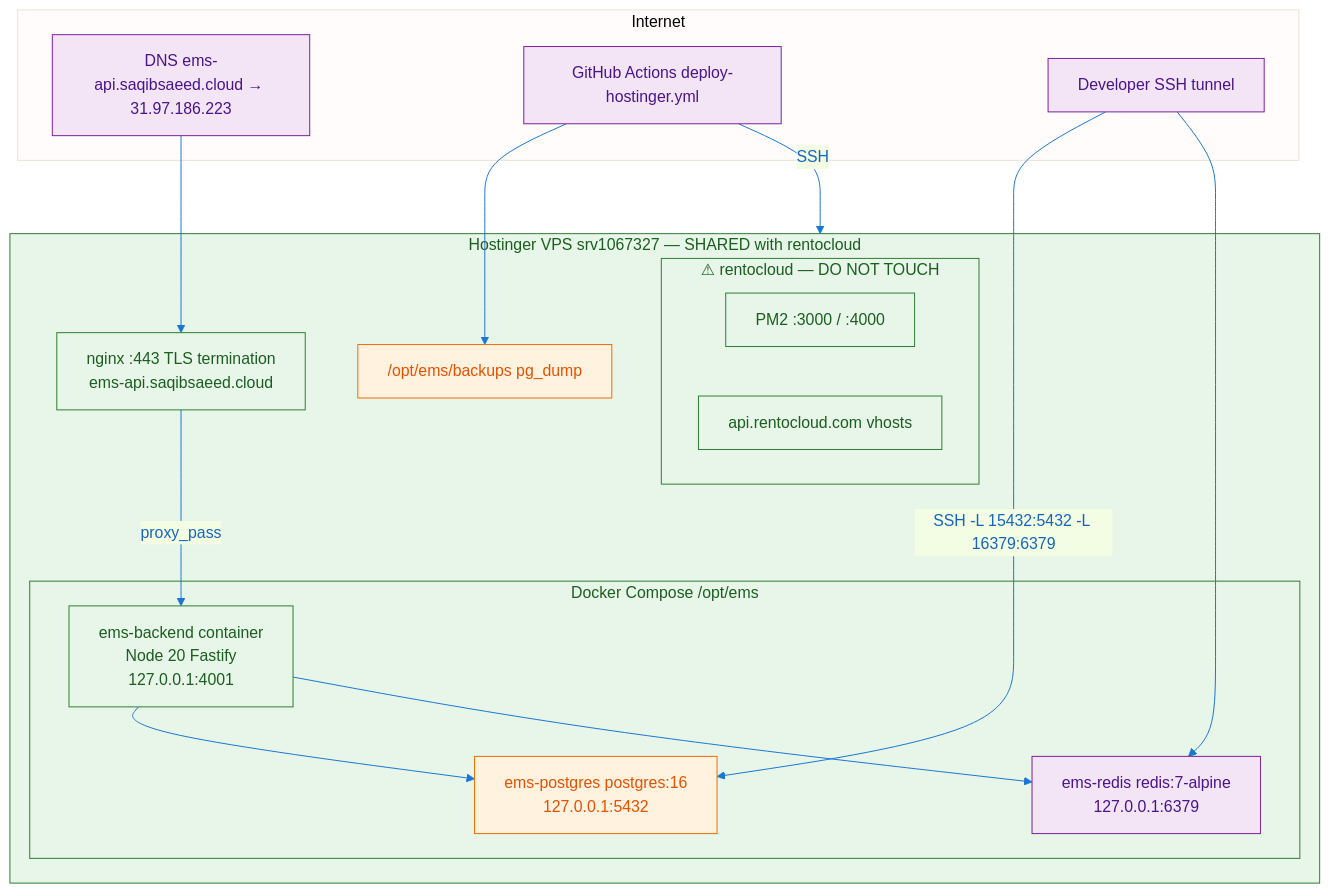
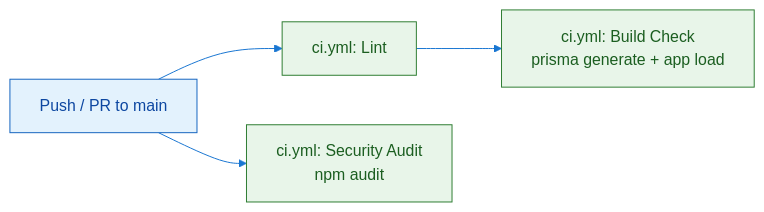
Before and after one commit to saeedafri/Employee-management-system: the diagram in docs/.pdf-assets/diagram-20.mmd, drawn with Mermaid. The commit also changed 114 other files, not shown here.

```diff
--- a/docs/.pdf-assets/diagram-20.mmd
+++ b/docs/.pdf-assets/diagram-20.mmd
@@ -1,39 +1,13 @@
-flowchart TB
+flowchart LR
 %%{init: {'theme': 'base', 'themeVariables': { 'primaryColor': '#e3f2fd', 'primaryTextColor': '#1565c0', 'lineColor': '#1976d2'}}}%%
-subgraph Internet
-        DNS["DNS ems-api.saqibsaeed.cloud → 31.97.186.223"]
-        GHA["GitHub Actions deploy-hostinger.yml"]
-        DEV["Developer SSH tunnel"]
-    end
-
-    subgraph VPS["Hostinger VPS srv1067327 — SHARED with rentocloud"]
-        NGINX["nginx :443 TLS termination<br/>ems-api.saqibsaeed.cloud"]
-        subgraph DockerEMS["Docker Compose /opt/ems"]
-            BE["ems-backend container<br/>Node 20 Fastify<br/>127.0.0.1:4001"]
-            PG["ems-postgres postgres:16<br/>127.0.0.1:5432"]
-            RD["ems-redis redis:7-alpine<br/>127.0.0.1:6379"]
-        end
-        subgraph Rentocloud["⚠ rentocloud — DO NOT TOUCH"]
-            PM2["PM2 :3000 / :4000"]
-            RAPI["api.rentocloud.com vhosts"]
-        end
-        BACKUP["/opt/ems/backups pg_dump"]
-    end
-
-    DNS --> NGINX
-    NGINX -->|proxy_pass| BE
-    BE --> PG
-    BE --> RD
-    GHA -->|SSH| VPS
-    DEV -->|SSH -L 15432:5432 -L 16379:6379| PG
-    DEV --> RD
-    GHA --> BACKUP
+PUSH[Push / PR to main] --> LINT[ci.yml: Lint]
+    LINT --> BUILD[ci.yml: Build Check<br/>prisma generate + app load]
+    PUSH --> SEC[ci.yml: Security Audit<br/>npm audit]
 
 classDef client fill:#e3f2fd,stroke:#1565c0,color:#0d47a1
     classDef api fill:#e8f5e9,stroke:#2e7d32,color:#1b5e20
     classDef db fill:#fff3e0,stroke:#ef6c00,color:#e65100
     classDef external fill:#f3e5f5,stroke:#7b1fa2,color:#4a148c
     classDef warn fill:#ffebee,stroke:#c62828,color:#b71c1c
-    class BE,DockerEMS,NGINX,PM2,RAPI,Rentocloud,VPS api
-    class BACKUP,PG db
-    class DEV,DNS,GHA,RD external
+    class PUSH client
+    class BUILD,LINT,SEC api
```
